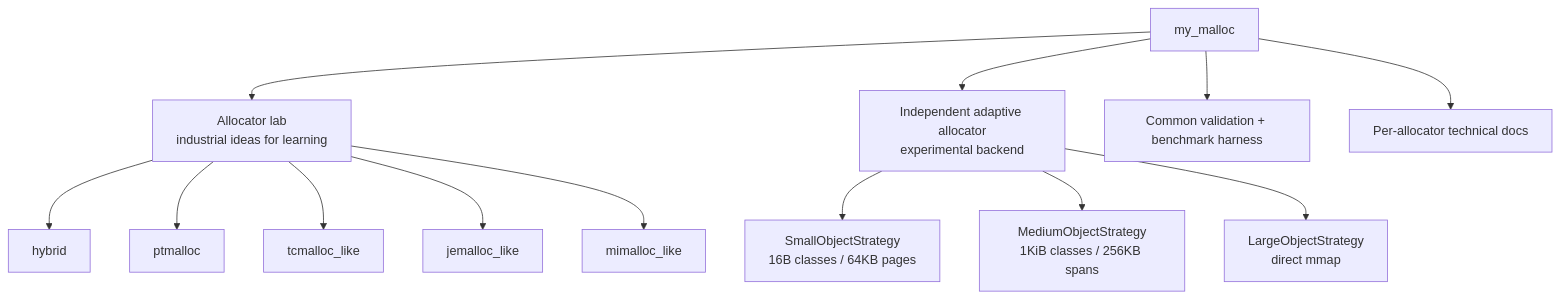
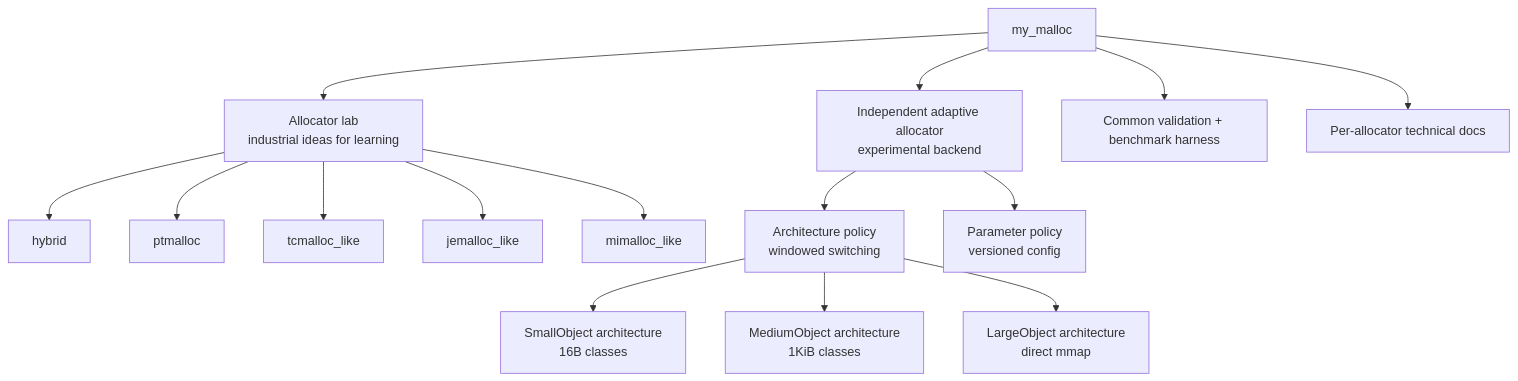
The diagram in README.md (sdsasf/my_malloc), drawn with Mermaid before and after one commit. The commit also changed other lines of this file and 7 other files, not shown here.

````diff
--- a/README.md
+++ b/README.md
@@ -41,23 +41,25 @@
 ```mermaid
 flowchart TB
     Project["my_malloc"]
     Lab["Allocator lab<br/>industrial ideas for learning"]
     Adaptive["Independent adaptive allocator<br/>experimental backend"]
     Harness["Common validation + benchmark harness"]
     Docs["Per-allocator technical docs"]
 
     Project --> Lab
     Project --> Adaptive
     Project --> Harness
     Project --> Docs
 
     Lab --> Hybrid["hybrid"]
     Lab --> PT["ptmalloc"]
     Lab --> TC["tcmalloc_like"]
     Lab --> JE["jemalloc_like"]
     Lab --> MI["mimalloc_like"]
 
-    Adaptive --> Small["SmallObjectStrategy<br/>16B classes / 64KB pages"]
-    Adaptive --> Medium["MediumObjectStrategy<br/>1KiB classes / 256KB spans"]
-    Adaptive --> Large["LargeObjectStrategy<br/>direct mmap"]
+    Adaptive --> Arch["Architecture policy<br/>windowed switching"]
+    Adaptive --> Params["Parameter policy<br/>versioned config"]
+    Arch --> Small["SmallObject architecture<br/>16B classes"]
+    Arch --> Medium["MediumObject architecture<br/>1KiB classes"]
+    Arch --> Large["LargeObject architecture<br/>direct mmap"]
 ```
````
